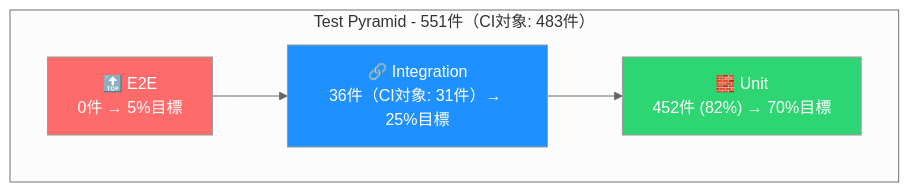
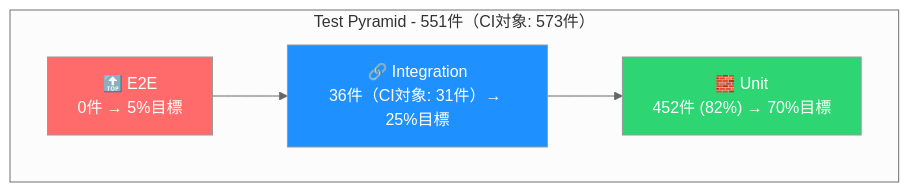
The second of 3 diagrams in README.md (yaoki-dev/api-test-devops-portfolio), drawn with Mermaid (neutral theme) before and after one commit. The commit also changed other lines of this file and 8 other files, not shown here.

````diff
--- a/README.md
+++ b/README.md
@@ -292,13 +292,13 @@
 ```mermaid
 graph TB
-    subgraph "Test Pyramid - 551件（CI対象: 483件）"
+    subgraph "Test Pyramid - 551件（CI対象: 573件）"
         E2E["🔝 E2E<br/>0件 → 5%目標"]
         Integration["🔗 Integration<br/>36件（CI対象: 31件）→ 25%目標"]
         Unit["🧱 Unit<br/>452件 (82%) → 70%目標"]
     end
     E2E --> Integration --> Unit
 
     style E2E fill:#ff6b6b,color:#fff
     style Integration fill:#1e90ff,color:#fff
     style Unit fill:#2ed573,color:#fff
 ```
````
